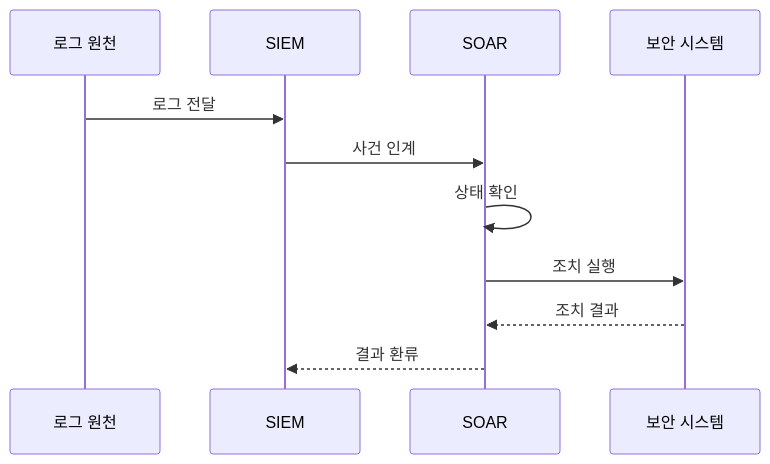
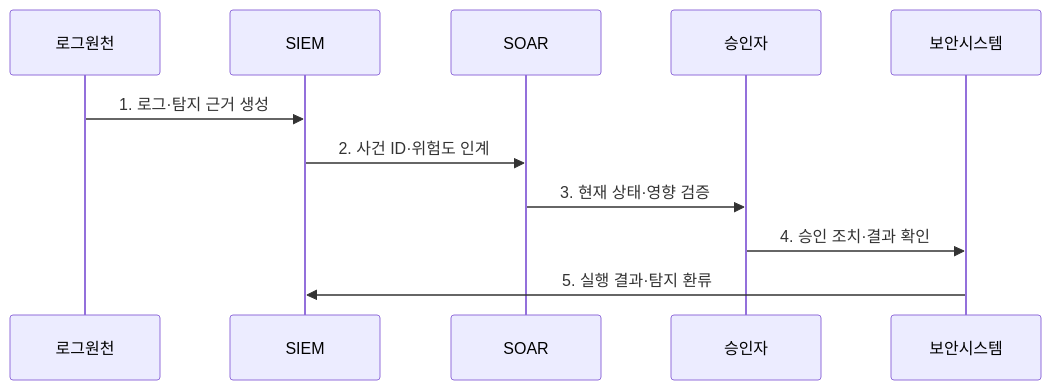
One commit to agnusdei1207/knowledge-base changed the second of 2 diagrams in src/content/docs/notes/05-security/037_siem_vs_soar.md. Above: the diagram before and after it, drawn with Mermaid. The commit also changed other lines of this file and 11 other files, not shown here.

````diff
--- a/src/content/docs/notes/05-security/037_siem_vs_soar.md
+++ b/src/content/docs/notes/05-security/037_siem_vs_soar.md
@@ -73,13 +74,13 @@
 ```mermaid
 sequenceDiagram
-    participant L as 로그 원천
-    participant S as SIEM
-    participant O as SOAR
-    participant T as 보안 시스템
-    L->>S: 로그 전달
-    S->>O: 사건 인계
-    O->>O: 상태 확인
-    O->>T: 조치 실행
-    T-->>O: 조치 결과
-    O-->>S: 결과 환류
+    participant 로그원천
+    participant SIEM
+    participant SOAR
+    participant 승인자
+    participant 보안시스템
+    로그원천->>SIEM: 1. 로그·탐지 근거 생성
+    SIEM->>SOAR: 2. 사건 ID·위험도 인계
+    SOAR->>승인자: 3. 현재 상태·영향 검증
+    승인자->>보안시스템: 4. 승인 조치·결과 확인
+    보안시스템->>SIEM: 5. 실행 결과·탐지 환류
 ```
````
